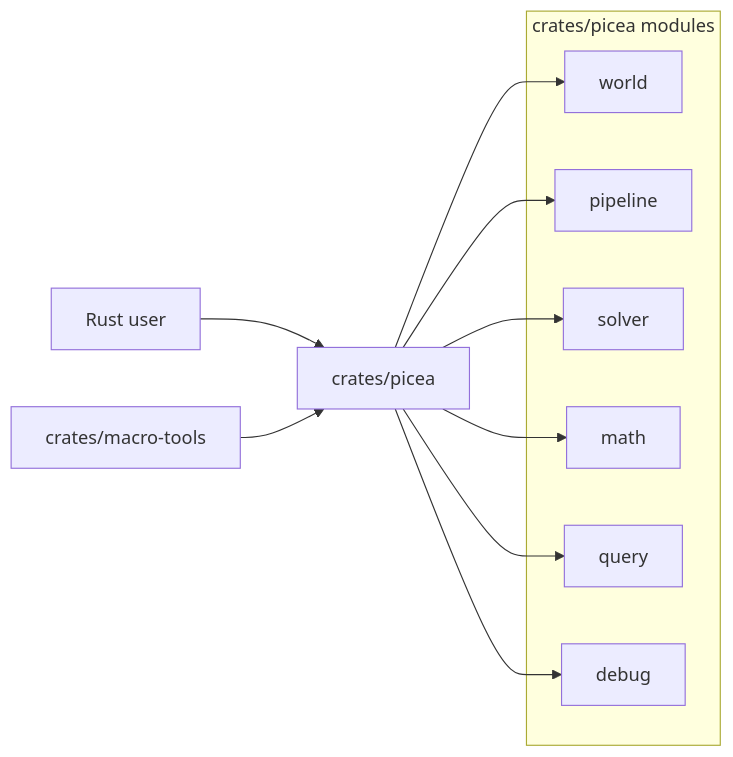
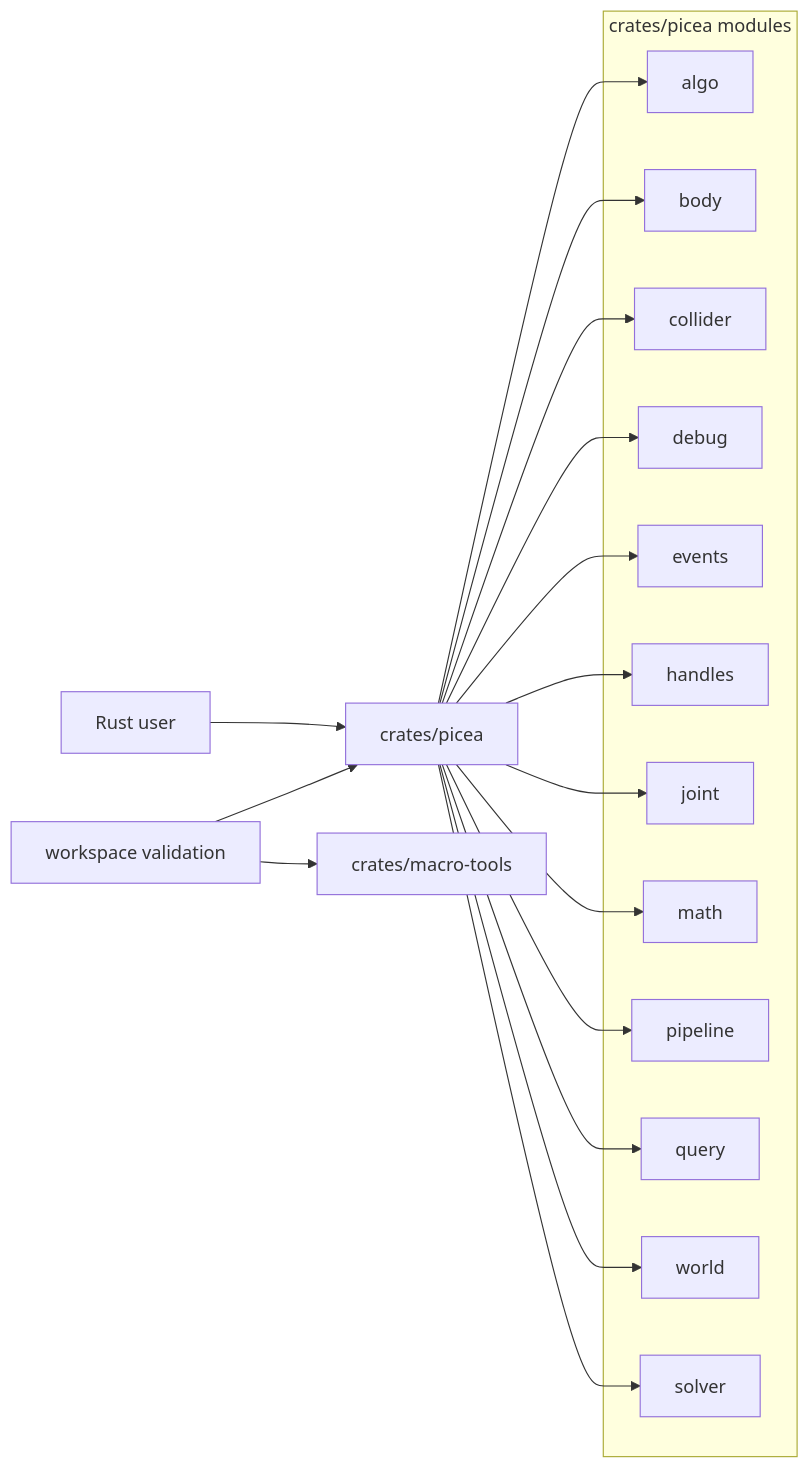
The first of 2 diagrams in docs/architecture/system-overview.md (swnb/picea), drawn with Mermaid before and after one commit. The commit also changed other lines of this file and 83 other files, not shown here.

Commit message:
refactor: reset macro tools

````diff
--- a/docs/architecture/system-overview.md
+++ b/docs/architecture/system-overview.md
@@ -7,21 +9,34 @@
 ```mermaid
 flowchart LR
     RustUser["Rust user"] --> Core["crates/picea"]
-    Macro["crates/macro-tools"] --> Core
+    WorkspaceChecks["workspace validation"] --> Core
+    WorkspaceChecks --> Macro["crates/macro-tools"]
 
     subgraph CoreModules["crates/picea modules"]
+        Algo["algo"]
+        Body["body"]
+        Collider["collider"]
+        Debug["debug"]
+        Events["events"]
+        Handles["handles"]
+        Joint["joint"]
+        Math["math"]
+        Pipeline["pipeline"]
+        Query["query"]
         World["world"]
-        Pipeline["pipeline"]
         Solver["solver"]
-        Math["math"]
-        Query["query"]
-        Debug["debug"]
     end
 
+    Core --> Algo
+    Core --> Body
+    Core --> Collider
+    Core --> Debug
+    Core --> Events
+    Core --> Handles
+    Core --> Joint
+    Core --> Math
+    Core --> Pipeline
+    Core --> Query
     Core --> World
-    Core --> Pipeline
     Core --> Solver
-    Core --> Math
-    Core --> Query
-    Core --> Debug
 ```
````
